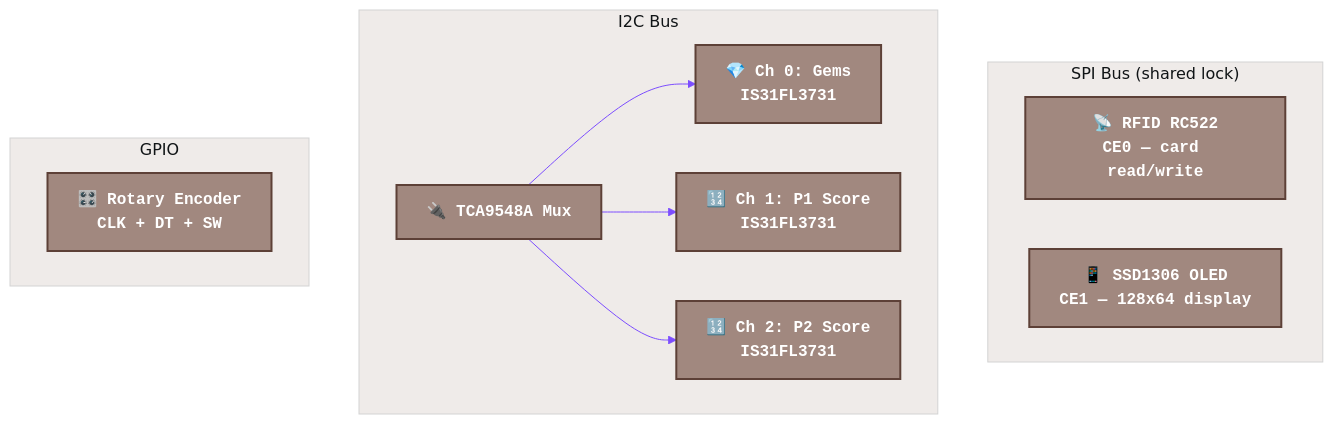
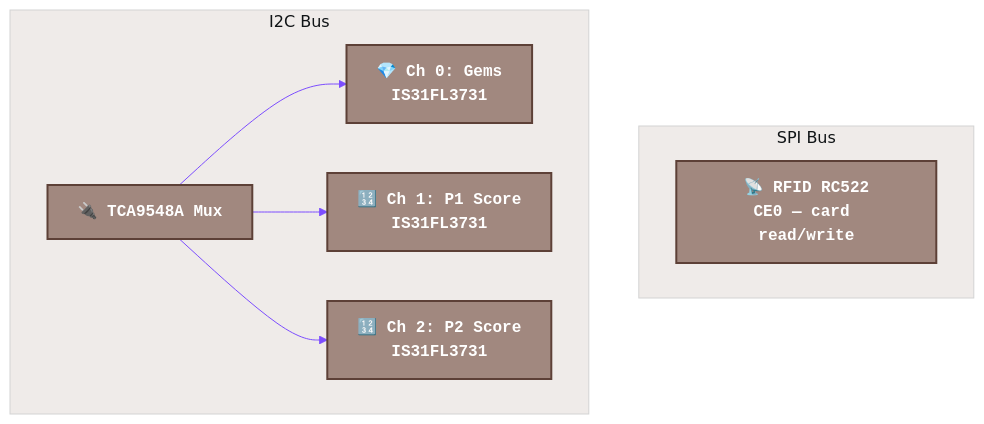
Before and after one commit to declanshanaghy/gwent: the third of 7 diagrams in design/GwentArchitecture.md, drawn with Mermaid. The commit also changed other lines of this file and 30 other files, not shown here.

````diff
--- a/design/GwentArchitecture.md
+++ b/design/GwentArchitecture.md
@@ -201,41 +218,36 @@
 ```mermaid
 %%{init: {
   'theme': 'base',
   'themeVariables': {
     'primaryColor': '#6d1a36',
     'primaryTextColor': '#333',
     'primaryBorderColor': '#7C4DFF',
     'lineColor': '#7C4DFF',
     'secondaryColor': '#D7CCC8',
     'tertiaryColor': '#EFEBE9',
     'fontFamily': 'Courier New',
     'fontSize': '16px'
   }
 }}%%
 
 flowchart TD
-    subgraph spi["SPI Bus (shared lock)"]
+    subgraph spi["SPI Bus"]
         rfid["📡 RFID RC522\nCE0 — card read/write"]
-        oled["📱 SSD1306 OLED\nCE1 — 128x64 display"]
     end
 
     subgraph i2c["I2C Bus"]
         mux["🔌 TCA9548A Mux"]
         ch0["💎 Ch 0: Gems\nIS31FL3731"]
         ch1["🔢 Ch 1: P1 Score\nIS31FL3731"]
         ch2["🔢 Ch 2: P2 Score\nIS31FL3731"]
     end
 
-    subgraph gpio["GPIO"]
-        enc["🎛️ Rotary Encoder\nCLK + DT + SW"]
-    end
-
     mux --> ch0
     mux --> ch1
     mux --> ch2
 
     classDef hardware fill:#A1887F,stroke:#5D4037,stroke-width:2px,color:#fff,font-family:'Courier New',font-weight:bold
     classDef data fill:#D7CCC8,stroke:#5D4037,stroke-width:2px,color:#3E2723,font-family:'Courier New',font-style:italic
 
-    class rfid,oled,mux,ch0,ch1,ch2,enc hardware
+    class rfid,mux,ch0,ch1,ch2 hardware
 ```
````
